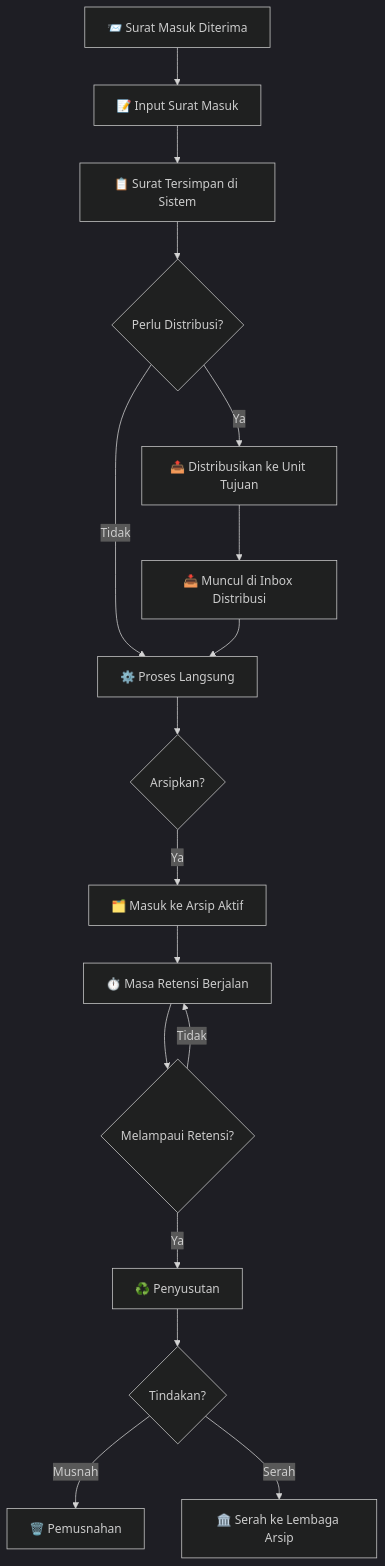
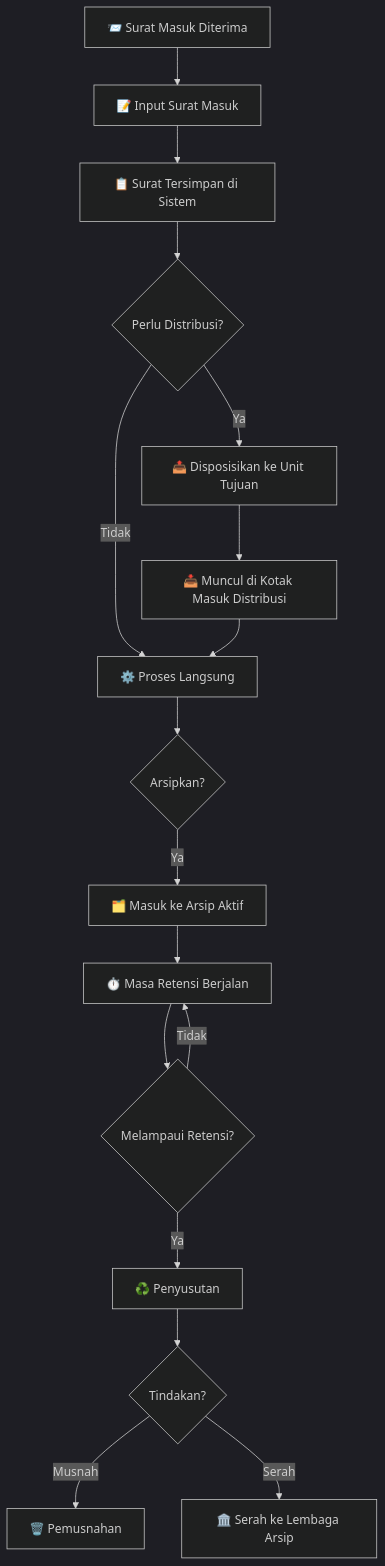
One commit to bayilaras/simsa-atrbpn changed the eighth of 9 diagrams in PANDUAN_PENGGUNAAN_SIMSA.md. Above: the diagram before and after it, drawn with Mermaid (dark theme). The commit also changed other lines of this file, not shown here.

````diff
--- a/PANDUAN_PENGGUNAAN_SIMSA.md
+++ b/PANDUAN_PENGGUNAAN_SIMSA.md
@@ -949,19 +1037,19 @@
 ```mermaid
 flowchart TD
     A["📨 Surat Masuk Diterima"] --> B["📝 Input Surat Masuk"]
     B --> C["📋 Surat Tersimpan di Sistem"]
     C --> D{"Perlu Distribusi?"}
-    D -->|Ya| E["📤 Distribusikan ke Unit Tujuan"]
-    E --> F["📥 Muncul di Inbox Distribusi"]
+    D -->|Ya| E["📤 Disposisikan ke Unit Tujuan"]
+    E --> F["📥 Muncul di Kotak Masuk Distribusi"]
     D -->|Tidak| G["⚙️ Proses Langsung"]
     F --> G
     G --> H{"Arsipkan?"}
     H -->|Ya| I["🗂️ Masuk ke Arsip Aktif"]
     I --> J["⏱️ Masa Retensi Berjalan"]
     J --> K{"Melampaui Retensi?"}
     K -->|Ya| L["♻️ Penyusutan"]
     L --> M{"Tindakan?"}
     M -->|Musnah| N["🗑️ Pemusnahan"]
     M -->|Serah| O["🏛️ Serah ke Lembaga Arsip"]
     K -->|Tidak| J
 ```
````
